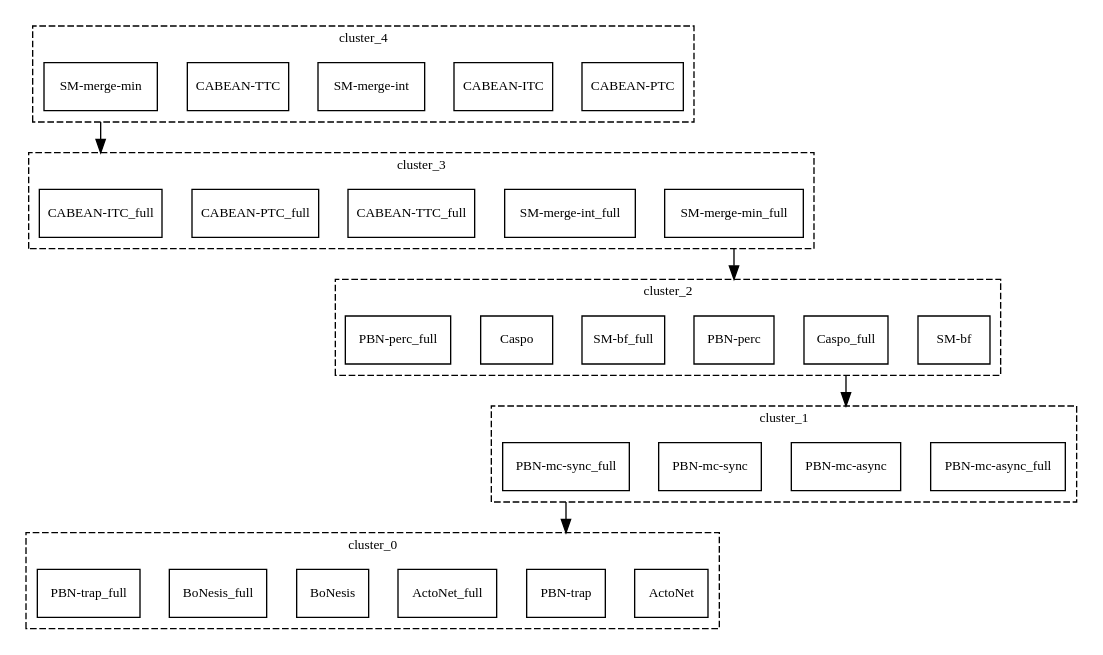
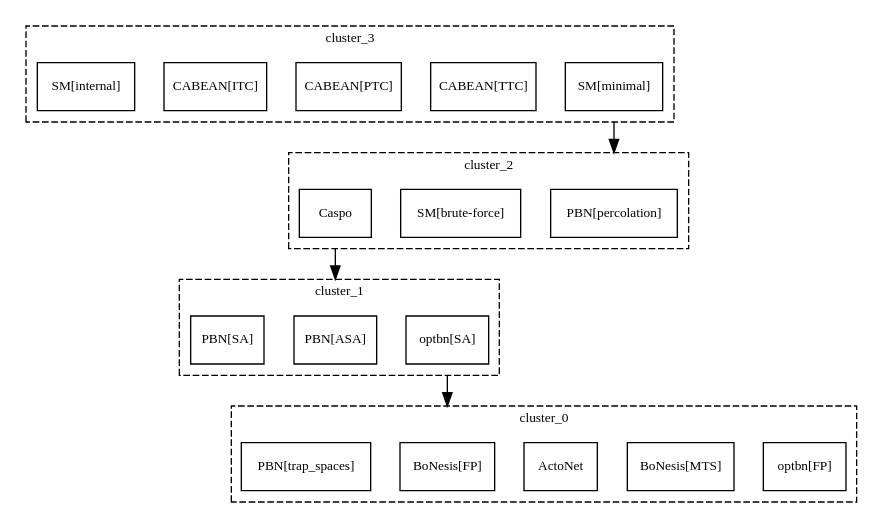
One commit to kalebmoon07/BN-control-taxonomy changed the diagram in experiments/results/Tonello/Tonello_3/_graph_tred.dot. Above: the diagram before and after it, drawn with Graphviz. The commit also changed 195 other files, not shown here.

```diff
--- a/experiments/results/Tonello/Tonello_3/_graph_tred.dot
+++ b/experiments/results/Tonello/Tonello_3/_graph_tred.dot
@@ -1,60 +1,44 @@
 strict digraph G {
 graph [fontsize=10, fontname=Verdana, compound=true];
 node [shape=record, fontsize=10, fontname=Verdana];
 graph [nodesep=0.3, ranksep=0.8];
 subgraph cluster_0 {
 label="cluster_0";
 graph [style=dashed, color=black];
+"optbn[FP]";
+"BoNesis[MTS]";
 ActoNet;
-"PBN-trap";
-ActoNet_full;
-BoNesis;
-BoNesis_full;
-"PBN-trap_full";
+"BoNesis[FP]";
+"PBN[trap_spaces]";
 }
 
 subgraph cluster_1 {
 label="cluster_1";
 graph [style=dashed, color=black];
-"PBN-mc-async_full";
-"PBN-mc-async";
-"PBN-mc-sync";
-"PBN-mc-sync_full";
+"optbn[SA]";
+"PBN[ASA]";
+"PBN[SA]";
 }
 
 subgraph cluster_2 {
 label="cluster_2";
 graph [style=dashed, color=black];
-"SM-bf";
-Caspo_full;
-"PBN-perc";
-"SM-bf_full";
+"PBN[percolation]";
+"SM[brute-force]";
 Caspo;
-"PBN-perc_full";
 }
 
 subgraph cluster_3 {
 label="cluster_3";
 graph [style=dashed, color=black];
-"SM-merge-min_full";
-"SM-merge-int_full";
-"CABEAN-TTC_full";
-"CABEAN-PTC_full";
-"CABEAN-ITC_full";
+"SM[minimal]";
+"CABEAN[TTC]";
+"CABEAN[PTC]";
+"CABEAN[ITC]";
+"SM[internal]";
 }
 
-subgraph cluster_4 {
-label="cluster_4";
-graph [style=dashed, color=black];
-"CABEAN-PTC";
-"CABEAN-ITC";
-"SM-merge-int";
-"CABEAN-TTC";
-"SM-merge-min";
+"SM[minimal]" -> "PBN[percolation]" [ltail="cluster_3", lhead="cluster_2"];
+"optbn[SA]" -> "BoNesis[FP]" [ltail="cluster_1", lhead="cluster_0"];
+Caspo -> "PBN[ASA]" [ltail="cluster_2", lhead="cluster_1"];
 }
-
-"PBN-mc-sync_full" -> "PBN-trap" [ltail="cluster_1", lhead="cluster_0"];
-"SM-merge-min" -> "CABEAN-ITC_full" [ltail="cluster_4", lhead="cluster_3"];
-"SM-merge-min_full" -> "PBN-perc" [ltail="cluster_3", lhead="cluster_2"];
-Caspo_full -> "PBN-mc-async" [ltail="cluster_2", lhead="cluster_1"];
-}
```
